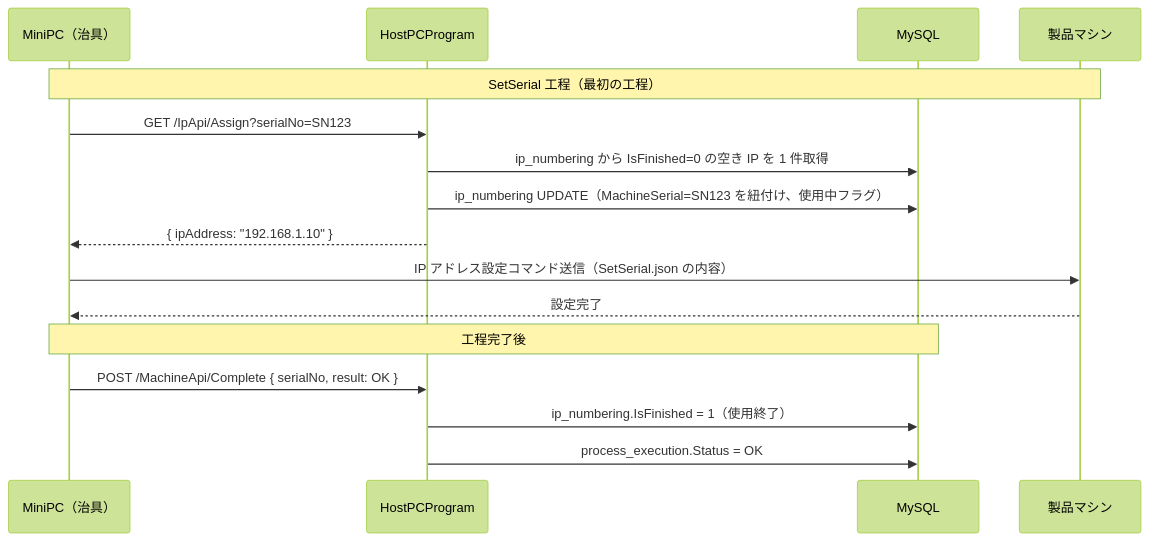
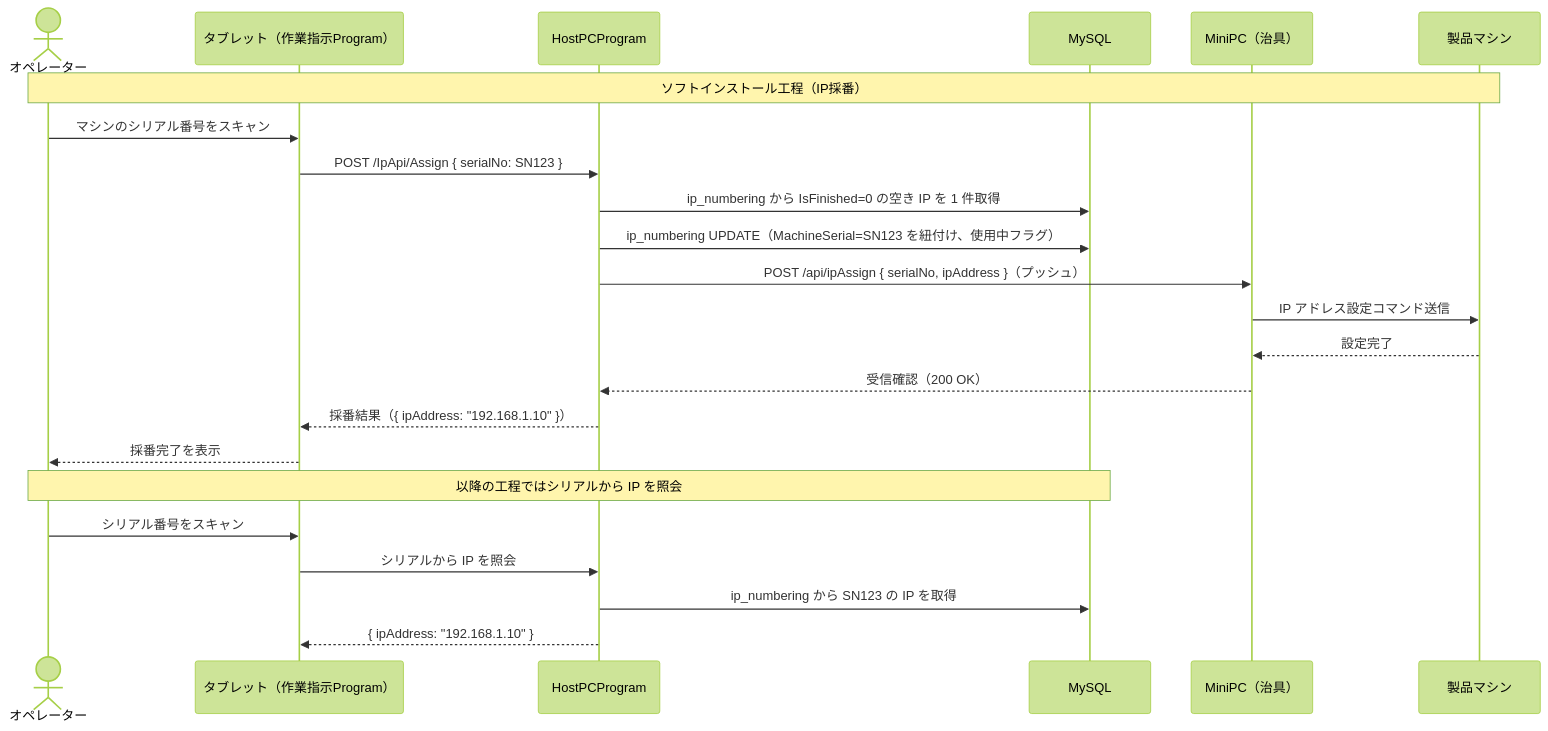
Before and after one commit to namagi14-lab/spica-warranty-design: the second of 11 diagrams in docs/07_system_design.md, drawn with Mermaid (forest theme). The commit also changed other lines of this file and 3 other files, not shown here.

First line of the commit message:
Correct IP採番 flow to tablet-initiated

````diff
--- a/docs/07_system_design.md
+++ b/docs/07_system_design.md
@@ -115,22 +117,28 @@
 ```mermaid
 sequenceDiagram
-    participant MiniPC as MiniPC（治具）
+    actor Op as オペレーター
+    participant Tablet as タブレット（作業指示Program）
     participant App as HostPCProgram
     participant DB as MySQL
+    participant MiniPC as MiniPC（治具）
     participant Machine as 製品マシン
 
-    Note over MiniPC,Machine: SetSerial 工程（最初の工程）
+    Note over Op,Machine: ソフトインストール工程（IP採番）
 
-    MiniPC->>App: GET /IpApi/Assign?serialNo=SN123
+    Op->>Tablet: マシンのシリアル番号をスキャン
+    Tablet->>App: POST /IpApi/Assign { serialNo: SN123 }
     App->>DB: ip_numbering から IsFinished=0 の空き IP を 1 件取得
     App->>DB: ip_numbering UPDATE（MachineSerial=SN123 を紐付け、使用中フラグ）
-    App-->>MiniPC: { ipAddress: "192.168.1.10" }
+    App->>MiniPC: POST /api/ipAssign { serialNo, ipAddress }（プッシュ）
+    MiniPC->>Machine: IP アドレス設定コマンド送信
+    Machine-->>MiniPC: 設定完了
+    MiniPC-->>App: 受信確認（200 OK）
+    App-->>Tablet: 採番結果（{ ipAddress: "192.168.1.10" }）
+    Tablet-->>Op: 採番完了を表示
 
-    MiniPC->>Machine: IP アドレス設定コマンド送信（SetSerial.json の内容）
-    Machine-->>MiniPC: 設定完了
-
-    Note over MiniPC,DB: 工程完了後
-    MiniPC->>App: POST /MachineApi/Complete { serialNo, result: OK }
-    App->>DB: ip_numbering.IsFinished = 1（使用終了）
-    App->>DB: process_execution.Status = OK
+    Note over Op,DB: 以降の工程ではシリアルから IP を照会
+    Op->>Tablet: シリアル番号をスキャン
+    Tablet->>App: シリアルから IP を照会
+    App->>DB: ip_numbering から SN123 の IP を取得
+    App-->>Tablet: { ipAddress: "192.168.1.10" }
 ```
````
